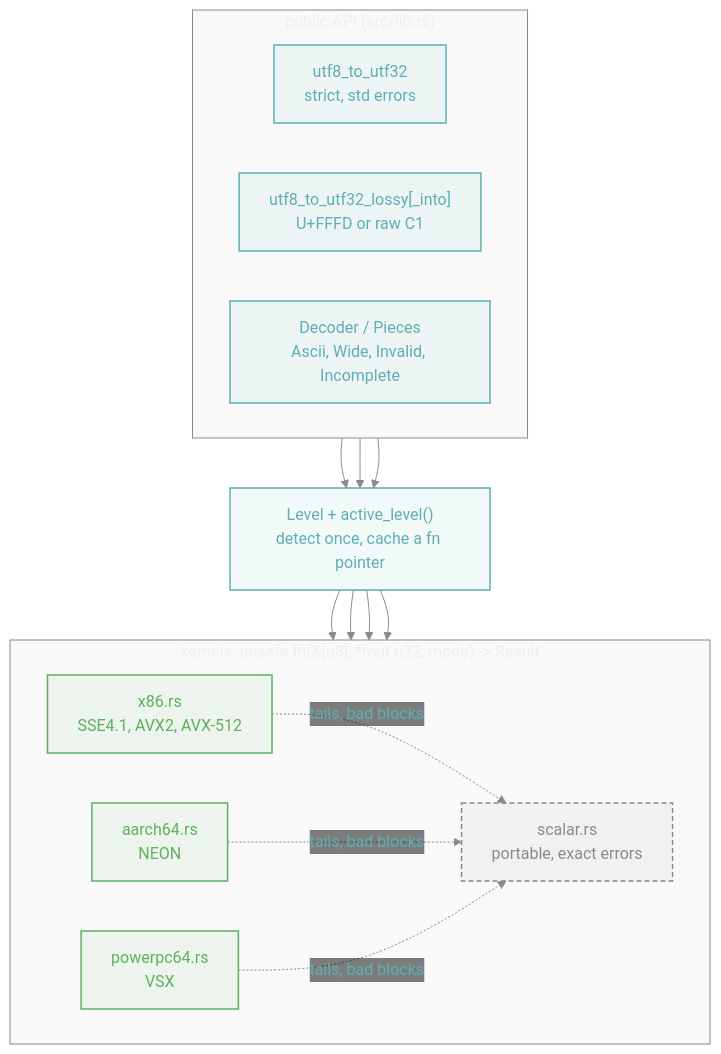
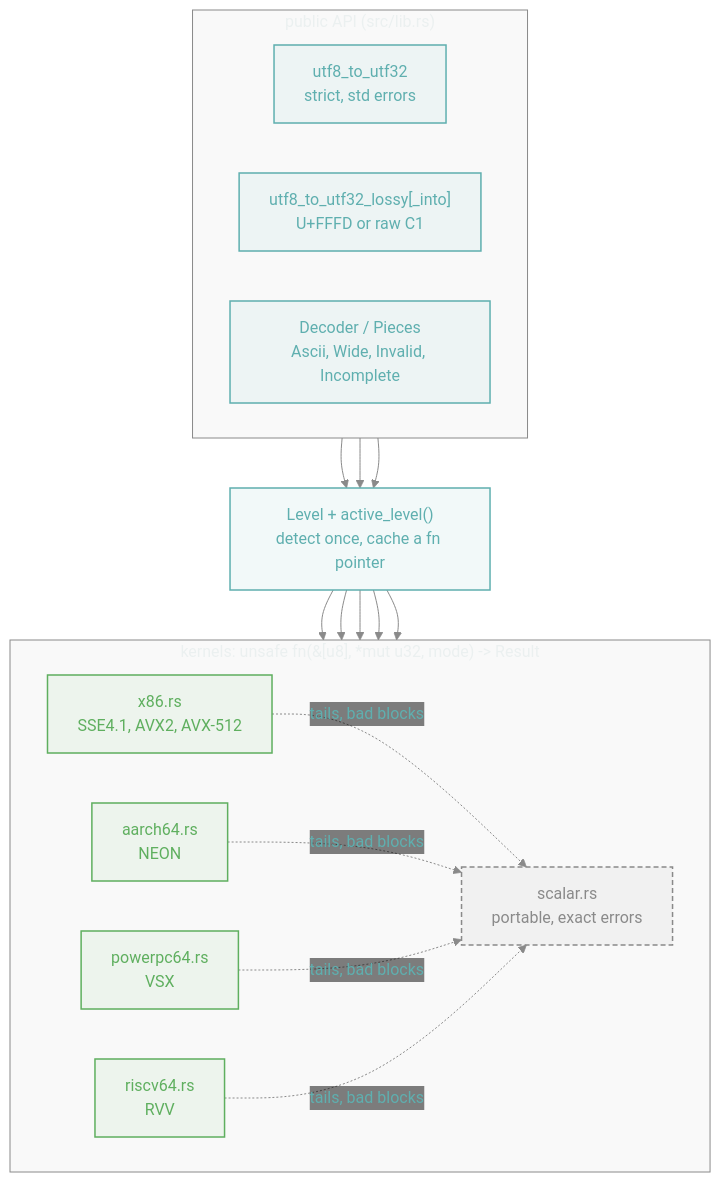
The first of 3 diagrams in docs/architecture.md (lu-zero/utf8-to-utf32), drawn with Mermaid before and after one commit. The commit also changed other lines of this file and 7 other files, not shown here.

First line of the commit message:
feat(riscv64): add a vector-length agnostic RVV kernel

````diff
--- a/docs/architecture.md
+++ b/docs/architecture.md
@@ -15,35 +16,38 @@
 ```mermaid
 %%{init: {"theme":"base","themeVariables":{"fontFamily":"ui-sans-serif,system-ui,Segoe UI,Helvetica,Arial,sans-serif","primaryColor":"#5fafaf14","primaryBorderColor":"#5fafaf","primaryTextColor":"#5fafaf","lineColor":"#8a8a8a","textColor":"#8a8a8a","edgeLabelBackground":"transparent","clusterBkg":"#8a8a8a0d","clusterBorder":"#8a8a8a"}}}%%
 flowchart TB
     classDef teal fill:#5fafaf14,stroke:#5fafaf,stroke-width:1.5px,color:#5fafaf
     classDef green fill:#5faf5f14,stroke:#5faf5f,stroke-width:1.5px,color:#5faf5f
     classDef grey fill:#8a8a8a14,stroke:#8a8a8a,stroke-width:1.5px,stroke-dasharray:5 3,color:#8a8a8a
 
     subgraph api["public API (src/lib.rs)"]
         direction LR
         strict["utf8_to_utf32<br/>strict, std errors"]:::teal
         lossy["utf8_to_utf32_lossy[_into]<br/>U+FFFD or raw C1"]:::teal
         dec["Decoder / Pieces<br/>Ascii, Wide, Invalid, Incomplete"]:::teal
     end
 
     disp["Level + active_level()<br/>detect once, cache a fn pointer"]:::teal
 
     subgraph kern["kernels: unsafe fn(&[u8], *mut u32, mode) -> Result"]
         direction LR
         x86["x86.rs<br/>SSE4.1, AVX2, AVX-512"]:::green
         arm["aarch64.rs<br/>NEON"]:::green
         ppc["powerpc64.rs<br/>VSX"]:::green
+        riscv["riscv64.rs<br/>RVV"]:::green
         sc["scalar.rs<br/>portable, exact errors"]:::grey
     end
 
     strict --> disp
     lossy --> disp
     dec --> disp
     disp --> x86
     disp --> arm
     disp --> ppc
+    disp --> riscv
     disp --> sc
     x86 -. "tails, bad blocks" .-> sc
     arm -. "tails, bad blocks" .-> sc
     ppc -. "tails, bad blocks" .-> sc
+    riscv -. "tails, bad blocks" .-> sc
 ```
````
